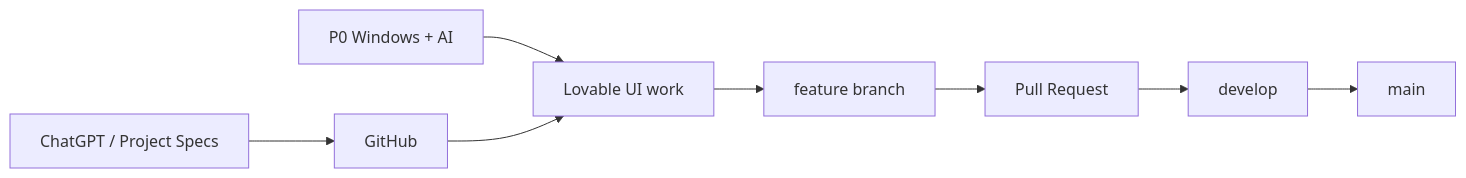
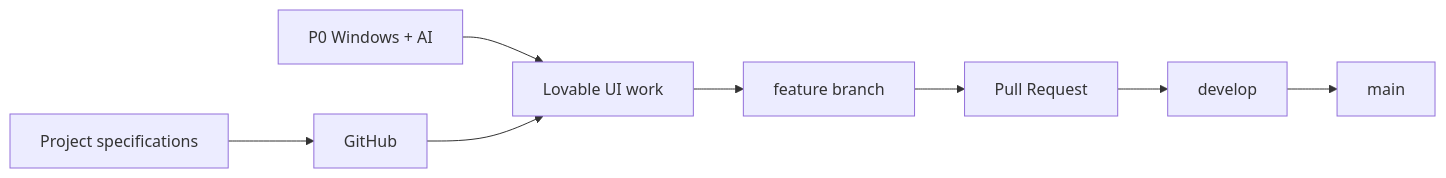
Before and after one commit to Simus100/chronosaga_the_game: the tenth of 11 diagrams in README.md, drawn with Mermaid. The commit also changed other lines of this file, not shown here.

````diff
--- a/README.md
+++ b/README.md
@@ -432,10 +434,10 @@
 ```mermaid
 flowchart LR
-    SPEC[ChatGPT / Project Specs] --> GIT[GitHub]
+    SPEC[Project specifications] --> GIT[GitHub]
     P0[P0 Windows + AI] --> UI[Lovable UI work]
     GIT --> UI
     UI --> BR[feature branch]
     BR --> PR[Pull Request]
     PR --> DEV[develop]
     DEV --> MAIN[main]
 ```
````
